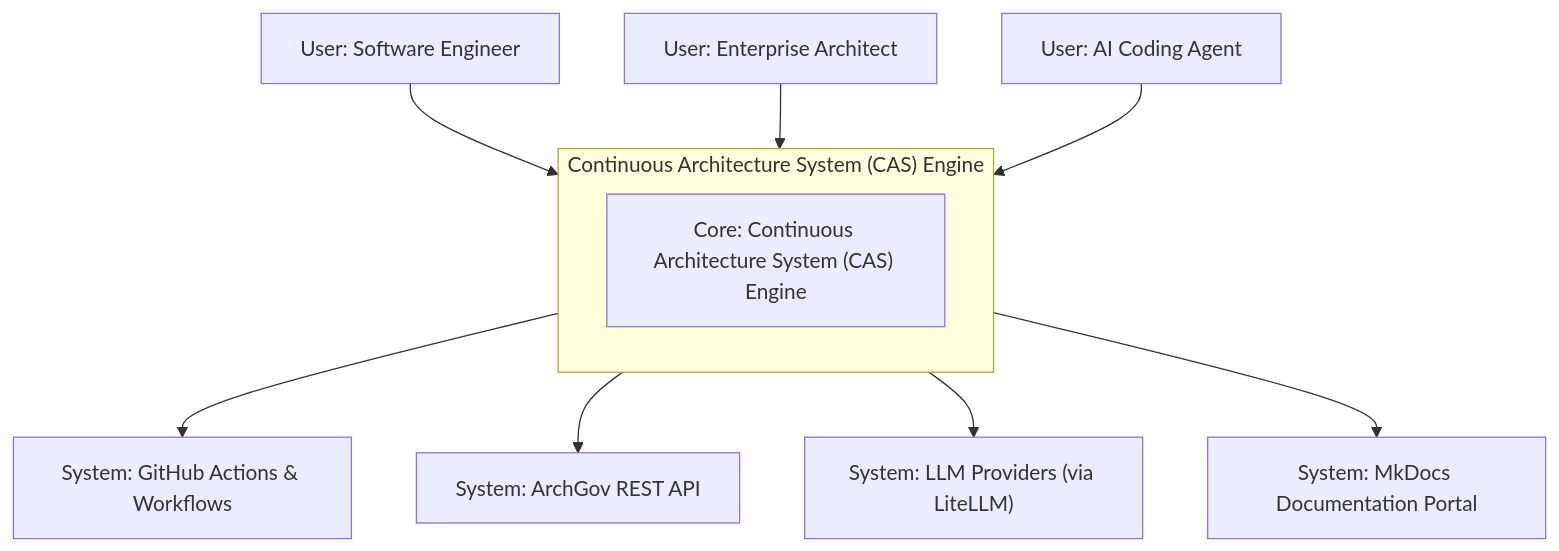
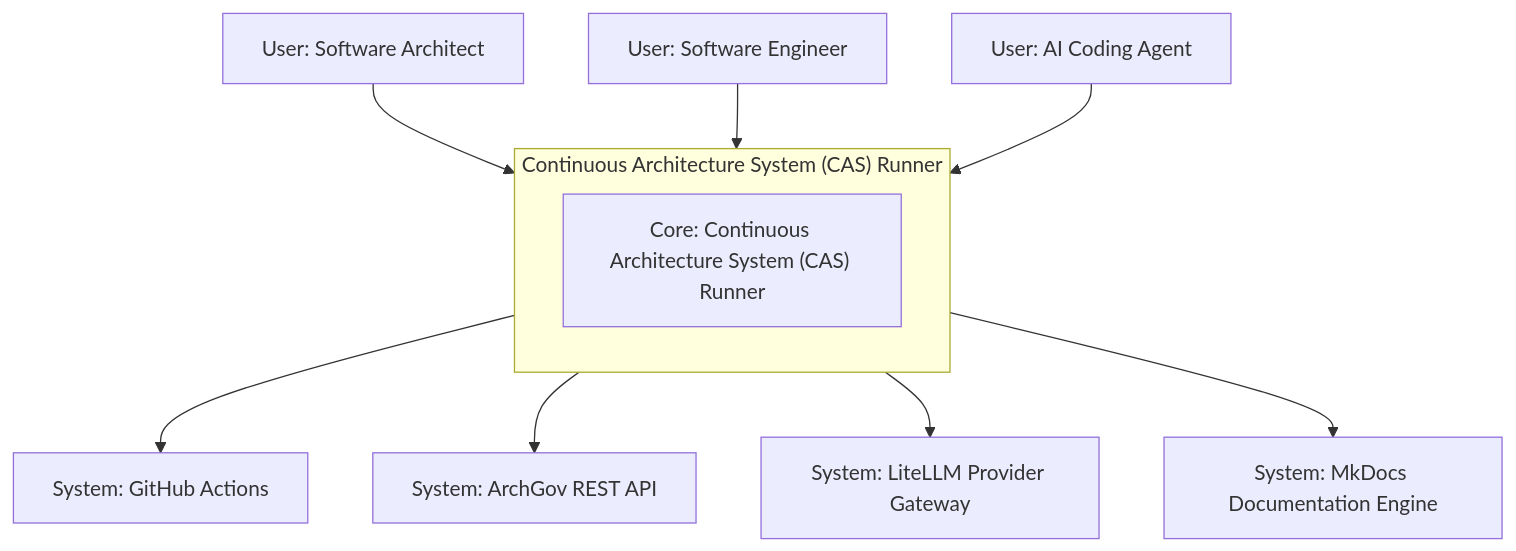
One commit to cas-governance-portal/cas-governance-portal.github.io changed the diagram in projects/ideas-to-life-cas/architecture-state/diagrams/system-context.mmd. Above: the diagram before and after it, drawn with Mermaid. The commit also changed 37 other files, not shown here.

```diff
--- a/projects/ideas-to-life-cas/architecture-state/diagrams/system-context.mmd
+++ b/projects/ideas-to-life-cas/architecture-state/diagrams/system-context.mmd
@@ -1,18 +1,18 @@
 flowchart TD
-    subgraph SysBoundary["Continuous Architecture System (CAS) Engine"]
-        CoreSys["Core: Continuous Architecture System (CAS) Engine"]
+    subgraph SysBoundary["Continuous Architecture System (CAS) Runner"]
+        CoreSys["Core: Continuous Architecture System (CAS) Runner"]
     end
-    Actor0["User: Software Engineer"]
-    Actor1["User: Enterprise Architect"]
+    Actor0["User: Software Architect"]
+    Actor1["User: Software Engineer"]
     Actor2["User: AI Coding Agent"]
-    ExtSys0["System: GitHub Actions & Workflows"]
+    ExtSys0["System: GitHub Actions"]
     ExtSys1["System: ArchGov REST API"]
-    ExtSys2["System: LLM Providers (via LiteLLM)"]
-    ExtSys3["System: MkDocs Documentation Portal"]
+    ExtSys2["System: LiteLLM Provider Gateway"]
+    ExtSys3["System: MkDocs Documentation Engine"]
     Actor0 --> SysBoundary
     Actor1 --> SysBoundary
     Actor2 --> SysBoundary
     SysBoundary --> ExtSys0
     SysBoundary --> ExtSys1
     SysBoundary --> ExtSys2
     SysBoundary --> ExtSys3
```
